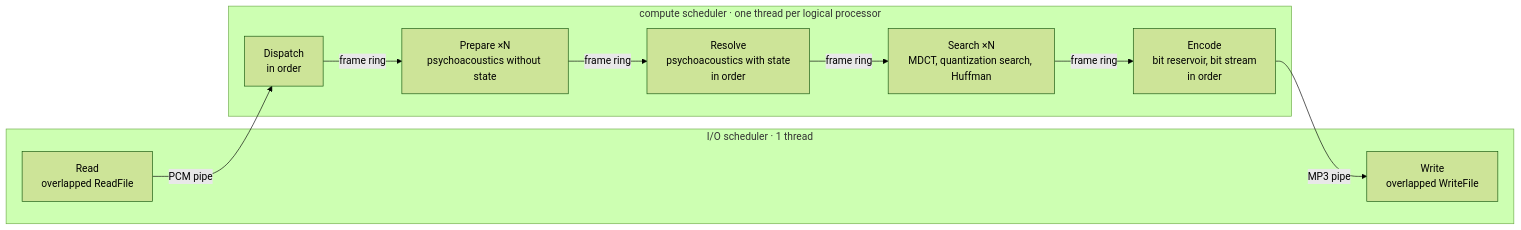
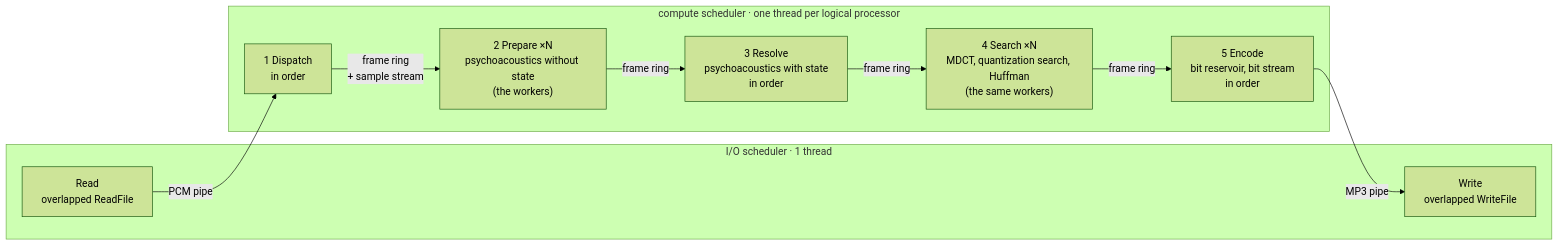
One commit to ThinkMeta-com/ThinkMeta.ConcurrentTasks.Samples changed the diagram in ctLame/README.md. Above: the diagram before and after it, drawn with Mermaid (forest theme). The commit also changed other lines of this file and 700 other files, not shown here.

````diff
--- a/ctLame/README.md
+++ b/ctLame/README.md
@@ -199,20 +202,20 @@
 ```mermaid
 flowchart LR
     subgraph io ["I/O scheduler · 1 thread"]
         R["Read<br/>overlapped ReadFile"]
         W["Write<br/>overlapped WriteFile"]
     end
     subgraph cpu ["compute scheduler · one thread per logical processor"]
-        D["Dispatch<br/>in order"]
-        P["Prepare ×N<br/>psychoacoustics without state"]
-        V["Resolve<br/>psychoacoustics with state<br/>in order"]
-        S["Search ×N<br/>MDCT, quantization search, Huffman"]
-        E["Encode<br/>bit reservoir, bit stream<br/>in order"]
+        D["1 Dispatch<br/>in order"]
+        P["2 Prepare ×N<br/>psychoacoustics without state<br/>(the workers)"]
+        V["3 Resolve<br/>psychoacoustics with state<br/>in order"]
+        S["4 Search ×N<br/>MDCT, quantization search, Huffman<br/>(the same workers)"]
+        E["5 Encode<br/>bit reservoir, bit stream<br/>in order"]
     end
     R -- "PCM pipe" --> D
-    D -- "frame ring" --> P
+    D -- "frame ring<br/>+ sample stream" --> P
     P -- "frame ring" --> V
     V -- "frame ring" --> S
     S -- "frame ring" --> E
     E -- "MP3 pipe" --> W
 ```
````
